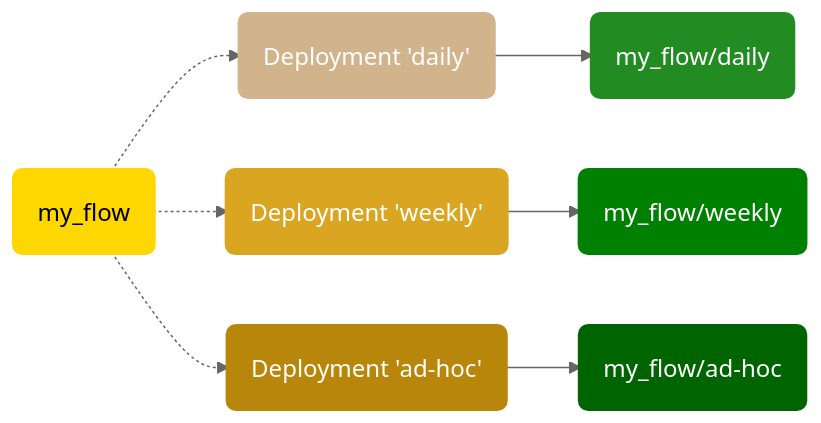
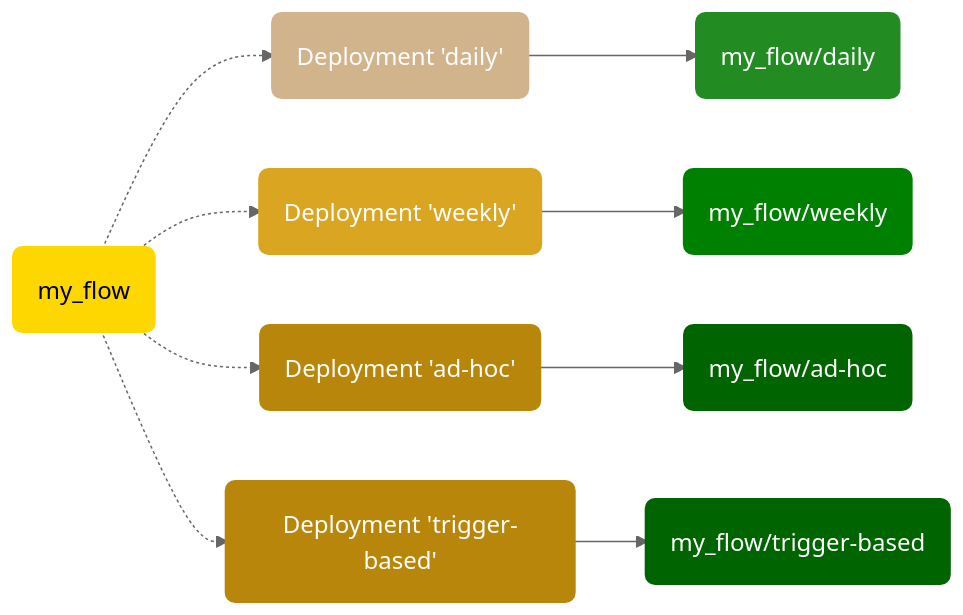
One commit to PrefectHQ/prefect changed the second of 2 diagrams in docs/concepts/deployments.md. Above: the diagram before and after it, drawn with Mermaid (neutral theme). The commit also changed other lines of this file and 1 other file, not shown here.

````diff
--- a/docs/concepts/deployments.md
+++ b/docs/concepts/deployments.md
@@ -105,14 +108,15 @@
 ```mermaid
 graph LR
-    F("my_flow"):::yellow -.-> A("Deployment 'daily'"):::tan --> X("my_flow/daily"):::fgreen
-    F -.-> B("Deployment 'weekly'"):::gold  --> Y("my_flow/weekly"):::green
-    F -.-> C("Deployment 'ad-hoc'"):::dgold --> Z("my_flow/ad-hoc"):::dgreen
+    F("my_flow"):::yellow -.-> A("Deployment 'daily'"):::tan --> W("my_flow/daily"):::fgreen
+    F -.-> B("Deployment 'weekly'"):::gold  --> X("my_flow/weekly"):::green
+    F -.-> C("Deployment 'ad-hoc'"):::dgold --> Y("my_flow/ad-hoc"):::dgreen
+    F -.-> D("Deployment 'trigger-based'"):::dgold --> Z("my_flow/trigger-based"):::dgreen
 
     classDef gold fill:goldenrod,stroke:goldenrod,stroke-width:4px,color:white
     classDef yellow fill:gold,stroke:gold,stroke-width:4px
     classDef dgold fill:darkgoldenrod,stroke:darkgoldenrod,stroke-width:4px,color:white
     classDef tan fill:tan,stroke:tan,stroke-width:4px,color:white
     classDef fgreen fill:forestgreen,stroke:forestgreen,stroke-width:4px,color:white
     classDef green fill:green,stroke:green,stroke-width:4px,color:white
     classDef dgreen fill:darkgreen,stroke:darkgreen,stroke-width:4px,color:white
 ```
````
